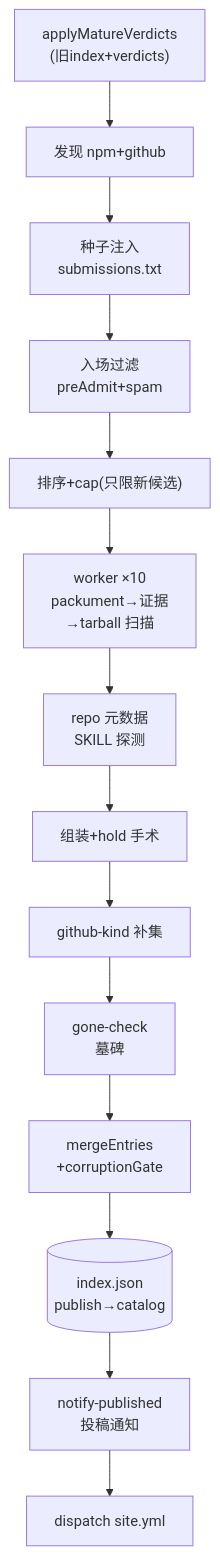
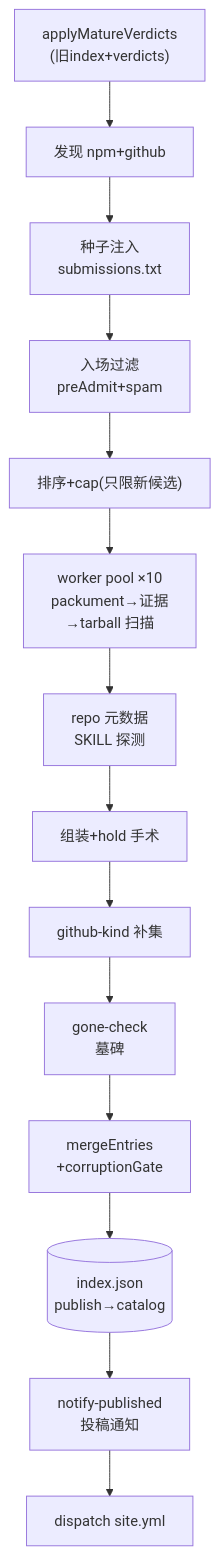
One commit to awesome-market/awesome-opencode-market changed the second of 11 diagrams in docs/DATA-FLOWS.md. Above: the diagram before and after it, drawn with Mermaid. The commit also changed other lines of this file and 58 other files, not shown here.

````diff
--- a/docs/DATA-FLOWS.md
+++ b/docs/DATA-FLOWS.md
@@ -146,16 +146,16 @@
 ```mermaid
 flowchart TB
   A["applyMatureVerdicts<br/>(旧index+verdicts)"] --> B["发现 npm+github"]
   B --> C["种子注入<br/>submissions.txt"]
   C --> D["入场过滤<br/>preAdmit+spam"]
   D --> E["排序+cap(只限新候选)"]
-  E --> F["worker ×10<br/>packument→证据<br/>→tarball 扫描"]
+  E --> F["worker pool ×10<br/>packument→证据<br/>→tarball 扫描"]
   F --> G["repo 元数据<br/>SKILL 探测"]
   G --> H["组装+hold 手术"]
   H --> I["github-kind 补集"]
   I --> J["gone-check<br/>墓碑"]
   J --> K["mergeEntries<br/>+corruptionGate"]
   K --> L[("index.json<br/>publish→catalog")]
   L --> M["notify-published<br/>投稿通知"]
   M --> N["dispatch site.yml"]
 ```
````
